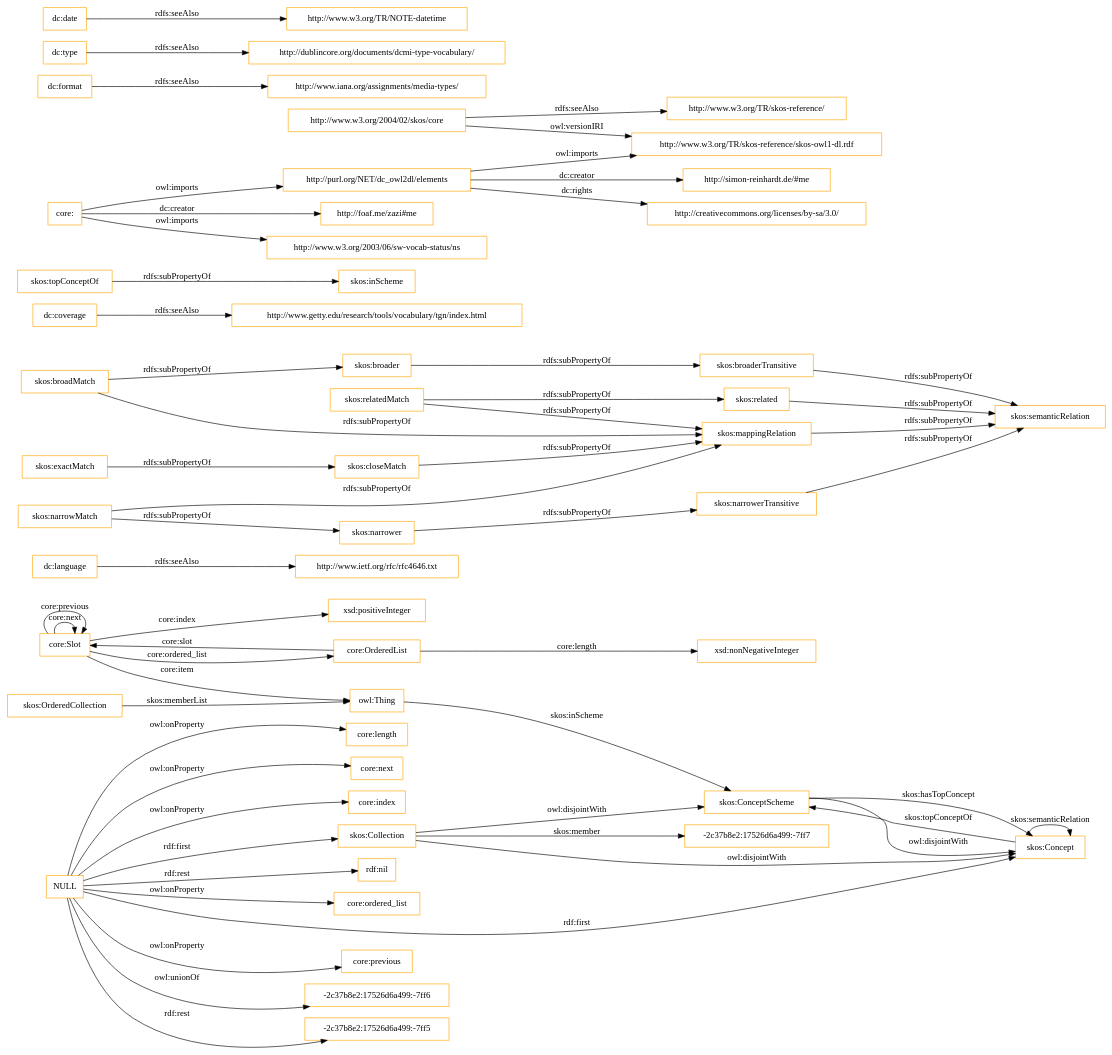
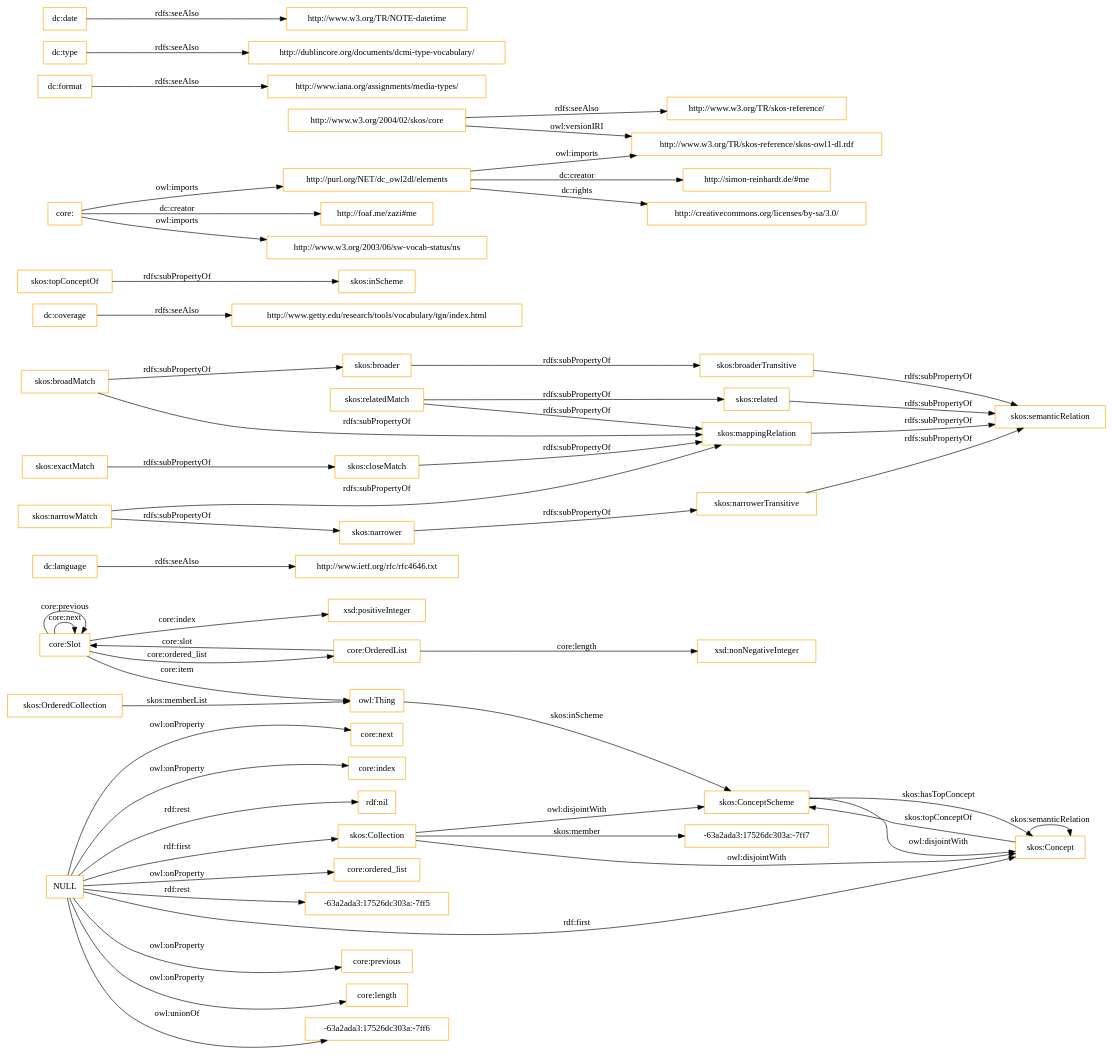
One commit to OnToologyUser/core-ontology-1 changed the diagram in OnToology/imports/core.owl/diagrams/ar2dtool-class/core.owl.png.dot. Above: the diagram before and after it, drawn with Graphviz. The commit also changed 14 other files, not shown here.

```diff
--- a/OnToology/imports/core.owl/diagrams/ar2dtool-class/core.owl.png.dot
+++ b/OnToology/imports/core.owl/diagrams/ar2dtool-class/core.owl.png.dot
@@ -1,60 +1,60 @@
 digraph ar2dtool_diagram { 
 rankdir=LR;
 size="1501"
-node [shape = rectangle, color="orange"]; "core:Slot" "core:OrderedList" "-2c37b8e2:17526d6a499:-7ff7" "skos:OrderedCollection" "skos:Collection" "skos:ConceptScheme" "skos:Concept" ; /*classes style*/
+node [shape = rectangle, color="orange"]; "core:Slot" "core:OrderedList" "-63a2ada3:17526dc303a:-7ff7" "skos:OrderedCollection" "skos:Collection" "skos:ConceptScheme" "skos:Concept" ; /*classes style*/
 	"dc:language" -> "http://www.ietf.org/rfc/rfc4646.txt" [ label = "rdfs:seeAlso" ];
 	"NULL" -> "core:previous" [ label = "owl:onProperty" ];
-	"NULL" -> "-2c37b8e2:17526d6a499:-7ff6" [ label = "owl:unionOf" ];
-	"NULL" -> "-2c37b8e2:17526d6a499:-7ff5" [ label = "rdf:rest" ];
 	"NULL" -> "core:length" [ label = "owl:onProperty" ];
 	"NULL" -> "skos:Concept" [ label = "rdf:first" ];
+	"NULL" -> "-63a2ada3:17526dc303a:-7ff6" [ label = "owl:unionOf" ];
 	"NULL" -> "core:next" [ label = "owl:onProperty" ];
 	"NULL" -> "core:index" [ label = "owl:onProperty" ];
 	"NULL" -> "rdf:nil" [ label = "rdf:rest" ];
 	"NULL" -> "core:ordered_list" [ label = "owl:onProperty" ];
 	"NULL" -> "skos:Collection" [ label = "rdf:first" ];
+	"NULL" -> "-63a2ada3:17526dc303a:-7ff5" [ label = "rdf:rest" ];
 	"skos:closeMatch" -> "skos:mappingRelation" [ label = "rdfs:subPropertyOf" ];
 	"dc:coverage" -> "http://www.getty.edu/research/tools/vocabulary/tgn/index.html" [ label = "rdfs:seeAlso" ];
 	"skos:relatedMatch" -> "skos:related" [ label = "rdfs:subPropertyOf" ];
 	"skos:relatedMatch" -> "skos:mappingRelation" [ label = "rdfs:subPropertyOf" ];
 	"skos:ConceptScheme" -> "skos:Concept" [ label = "owl:disjointWith" ];
 	"skos:related" -> "skos:semanticRelation" [ label = "rdfs:subPropertyOf" ];
 	"skos:topConceptOf" -> "skos:inScheme" [ label = "rdfs:subPropertyOf" ];
 	"skos:broadMatch" -> "skos:broader" [ label = "rdfs:subPropertyOf" ];
 	"skos:broadMatch" -> "skos:mappingRelation" [ label = "rdfs:subPropertyOf" ];
 	"http://purl.org/NET/dc_owl2dl/elements" -> "http://www.w3.org/TR/skos-reference/skos-owl1-dl.rdf" [ label = "owl:imports" ];
 	"http://purl.org/NET/dc_owl2dl/elements" -> "http://creativecommons.org/licenses/by-sa/3.0/" [ label = "dc:rights" ];
 	"http://purl.org/NET/dc_owl2dl/elements" -> "http://simon-reinhardt.de/#me" [ label = "dc:creator" ];
 	"skos:exactMatch" -> "skos:closeMatch" [ label = "rdfs:subPropertyOf" ];
 	"dc:format" -> "http://www.iana.org/assignments/media-types/" [ label = "rdfs:seeAlso" ];
 	"core:" -> "http://foaf.me/zazi#me" [ label = "dc:creator" ];
 	"core:" -> "http://www.w3.org/2003/06/sw-vocab-status/ns" [ label = "owl:imports" ];
 	"core:" -> "http://purl.org/NET/dc_owl2dl/elements" [ label = "owl:imports" ];
 	"skos:broaderTransitive" -> "skos:semanticRelation" [ label = "rdfs:subPropertyOf" ];
 	"skos:mappingRelation" -> "skos:semanticRelation" [ label = "rdfs:subPropertyOf" ];
 	"skos:broader" -> "skos:broaderTransitive" [ label = "rdfs:subPropertyOf" ];
 	"dc:type" -> "http://dublincore.org/documents/dcmi-type-vocabulary/" [ label = "rdfs:seeAlso" ];
 	"http://www.w3.org/2004/02/skos/core" -> "http://www.w3.org/TR/skos-reference/skos-owl1-dl.rdf" [ label = "owl:versionIRI" ];
 	"http://www.w3.org/2004/02/skos/core" -> "http://www.w3.org/TR/skos-reference/" [ label = "rdfs:seeAlso" ];
 	"skos:Collection" -> "skos:ConceptScheme" [ label = "owl:disjointWith" ];
 	"skos:Collection" -> "skos:Concept" [ label = "owl:disjointWith" ];
 	"skos:narrowMatch" -> "skos:narrower" [ label = "rdfs:subPropertyOf" ];
 	"skos:narrowMatch" -> "skos:mappingRelation" [ label = "rdfs:subPropertyOf" ];
 	"skos:narrower" -> "skos:narrowerTransitive" [ label = "rdfs:subPropertyOf" ];
 	"dc:date" -> "http://www.w3.org/TR/NOTE-datetime" [ label = "rdfs:seeAlso" ];
 	"skos:narrowerTransitive" -> "skos:semanticRelation" [ label = "rdfs:subPropertyOf" ];
 	"core:Slot" -> "xsd:positiveInteger" [ label = "core:index" ];
 	"skos:Concept" -> "skos:ConceptScheme" [ label = "skos:topConceptOf" ];
 	"core:Slot" -> "owl:Thing" [ label = "core:item" ];
 	"core:OrderedList" -> "xsd:nonNegativeInteger" [ label = "core:length" ];
 	"core:OrderedList" -> "core:Slot" [ label = "core:slot" ];
-	"skos:Collection" -> "-2c37b8e2:17526d6a499:-7ff7" [ label = "skos:member" ];
+	"skos:Collection" -> "-63a2ada3:17526dc303a:-7ff7" [ label = "skos:member" ];
 	"core:Slot" -> "core:Slot" [ label = "core:next" ];
 	"skos:ConceptScheme" -> "skos:Concept" [ label = "skos:hasTopConcept" ];
 	"owl:Thing" -> "skos:ConceptScheme" [ label = "skos:inScheme" ];
 	"core:Slot" -> "core:Slot" [ label = "core:previous" ];
 	"skos:OrderedCollection" -> "owl:Thing" [ label = "skos:memberList" ];
 	"skos:Concept" -> "skos:Concept" [ label = "skos:semanticRelation" ];
 	"core:Slot" -> "core:OrderedList" [ label = "core:ordered_list" ];
 
 }
```
